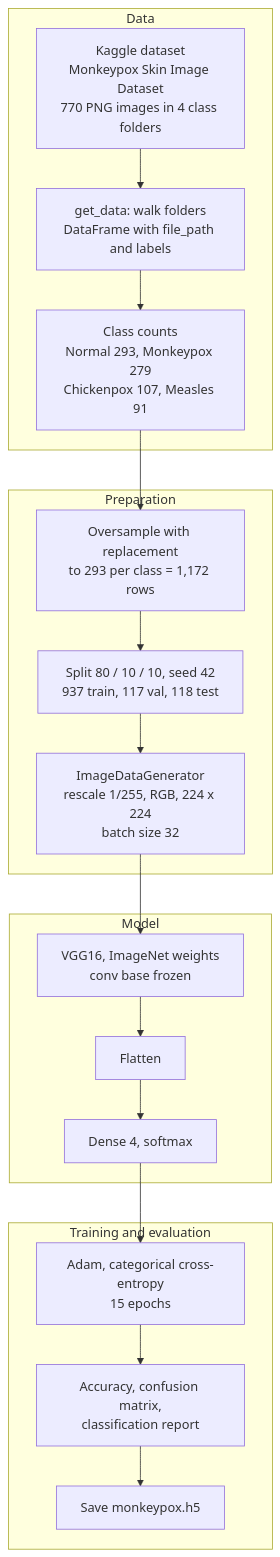
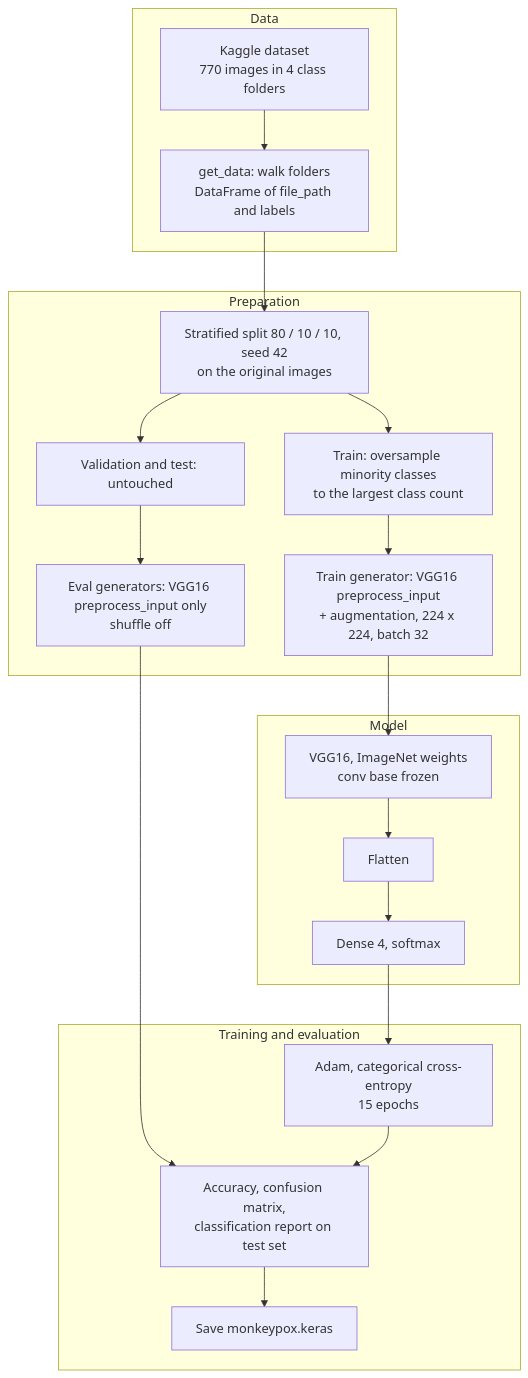
One commit to saivimenthanvl-ai/Monkeypox-Classification changed the first of 2 diagrams in README.md. Above: the diagram before and after it, drawn with Mermaid. The commit also changed other lines of this file and 3 other files, not shown here.

First line of the commit message:
Fix leakage and preprocessing in notebook; add proposed architecture diagram

````diff
--- a/README.md
+++ b/README.md
@@ -23,22 +23,24 @@
 ```mermaid
 flowchart TD
     subgraph DATA["Data"]
-        A["Kaggle dataset<br/>Monkeypox Skin Image Dataset<br/>770 PNG images in 4 class folders"] --> B["get_data: walk folders<br/>DataFrame with file_path and labels"]
-        B --> C["Class counts<br/>Normal 293, Monkeypox 279<br/>Chickenpox 107, Measles 91"]
+        A["Kaggle dataset<br/>770 images in 4 class folders"] --> B["get_data: walk folders<br/>DataFrame of file_path and labels"]
     end
     subgraph PREP["Preparation"]
-        C --> D["Oversample with replacement<br/>to 293 per class = 1,172 rows"]
-        D --> E["Split 80 / 10 / 10, seed 42<br/>937 train, 117 val, 118 test"]
-        E --> F["ImageDataGenerator<br/>rescale 1/255, RGB, 224 x 224<br/>batch size 32"]
+        B --> C["Stratified split 80 / 10 / 10, seed 42<br/>on the original images"]
+        C --> D["Train: oversample minority classes<br/>to the largest class count"]
+        C --> E["Validation and test: untouched"]
+        D --> F["Train generator: VGG16 preprocess_input<br/>+ augmentation, 224 x 224, batch 32"]
+        E --> G["Eval generators: VGG16 preprocess_input only<br/>shuffle off"]
     end
     subgraph MODEL["Model"]
-        F --> G["VGG16, ImageNet weights<br/>conv base frozen"]
-        G --> H["Flatten"]
-        H --> I["Dense 4, softmax"]
+        F --> H["VGG16, ImageNet weights<br/>conv base frozen"]
+        H --> I["Flatten"]
+        I --> J["Dense 4, softmax"]
     end
     subgraph TRAIN["Training and evaluation"]
-        I --> J["Adam, categorical cross-entropy<br/>15 epochs"]
-        J --> K["Accuracy, confusion matrix,<br/>classification report"]
-        K --> L["Save monkeypox.h5"]
+        J --> K["Adam, categorical cross-entropy<br/>15 epochs"]
+        G --> L["Accuracy, confusion matrix,<br/>classification report on test set"]
+        K --> L
+        L --> M["Save monkeypox.keras"]
     end
 ```
````
